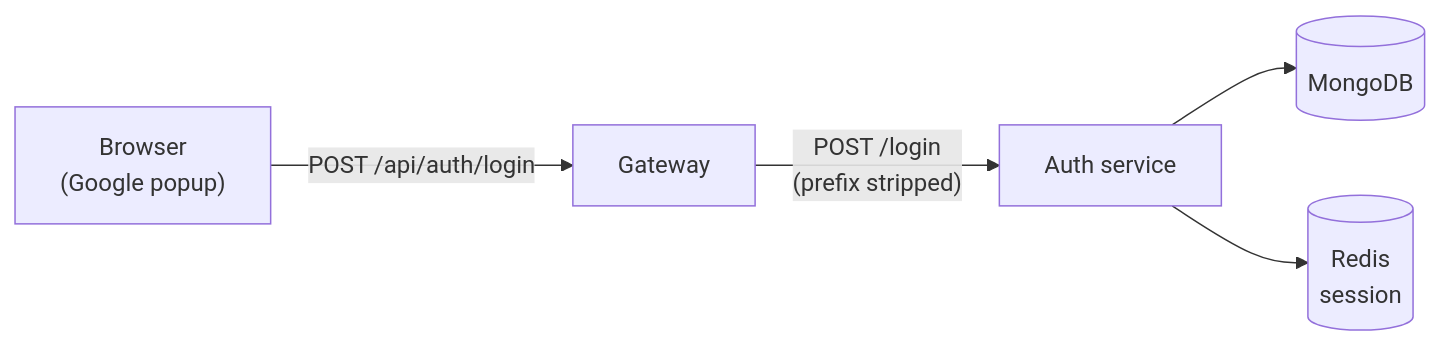
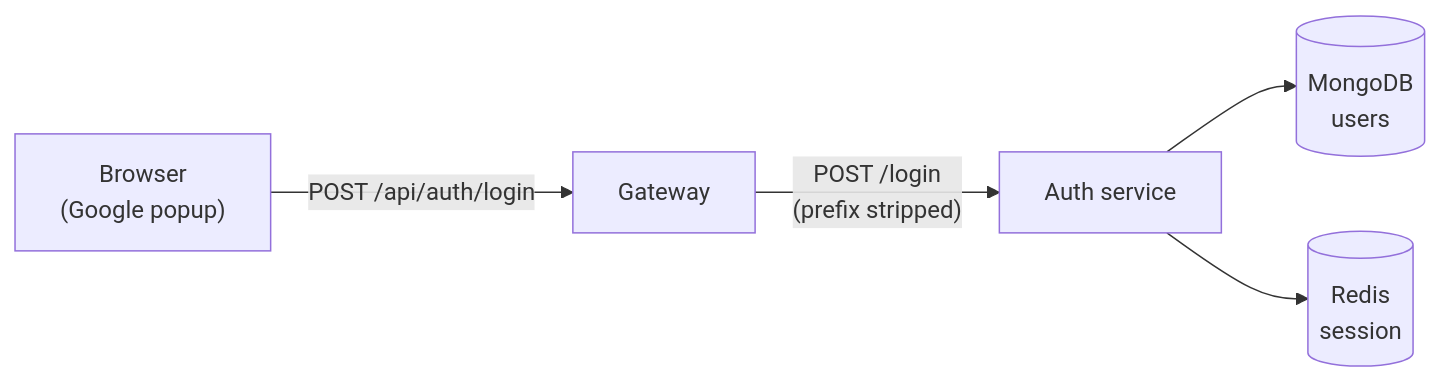
Before and after one commit to yamanhassan1/NexPulse: the diagram in docs/getting-started.md, drawn with Mermaid. The commit also changed other lines of this file and 12 other files, not shown here.

````diff
--- a/docs/getting-started.md
+++ b/docs/getting-started.md
@@ -176,7 +219,7 @@
 ```mermaid
 flowchart LR
     B["Browser<br>(Google popup)"] -->|"POST /api/auth/login"| G[Gateway]
     G -->|"POST /login<br>(prefix stripped)"| A[Auth service]
-    A --> M[("MongoDB")]
+    A --> M[("MongoDB<br>users")]
     A --> R[("Redis<br>session")]
 ```
````
